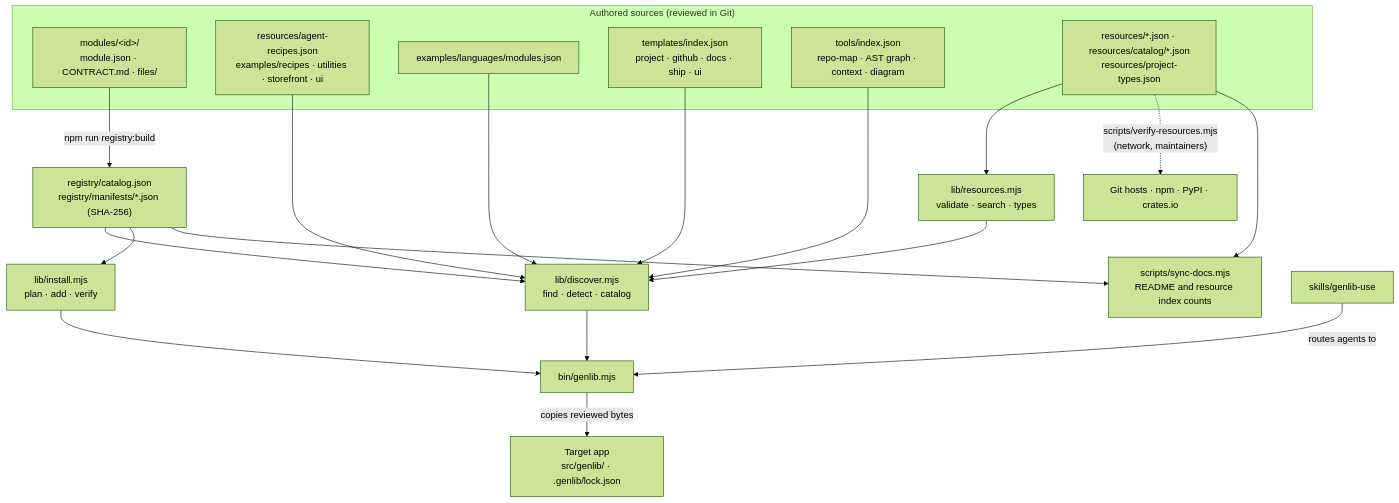
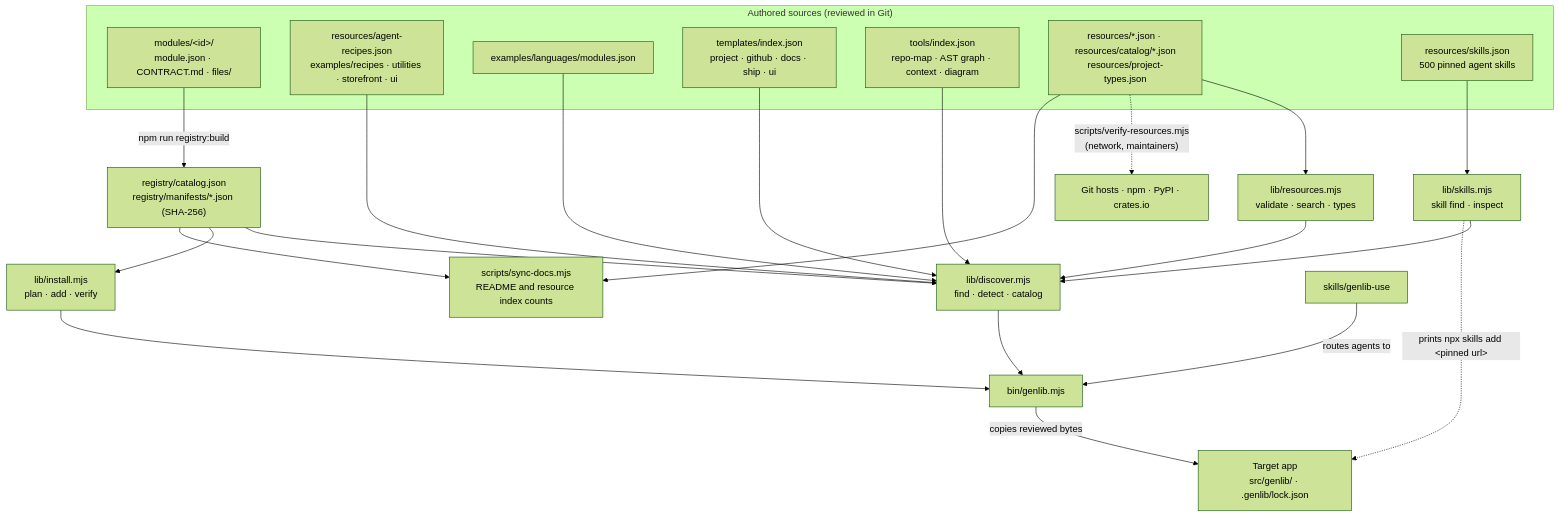
Before and after one commit to athompson83/genlib: the diagram in docs/architecture.md, drawn with Mermaid (forest theme). The commit also changed 12 other files, not shown here.

First line of the commit message:
Index 500 agent skills with one-step, commit-pinned installs

````diff
--- a/docs/architecture.md
+++ b/docs/architecture.md
@@ -7,24 +7,27 @@
 ```mermaid
 flowchart TB
   subgraph Authored["Authored sources (reviewed in Git)"]
     MOD["modules/&lt;id&gt;/<br/>module.json · CONTRACT.md · files/"]
     REC["resources/agent-recipes.json<br/>examples/recipes · utilities · storefront · ui"]
     LANG["examples/languages/modules.json"]
     TPL["templates/index.json<br/>project · github · docs · ship · ui"]
     TOOLIDX["tools/index.json<br/>repo-map · AST graph · context · diagram"]
     RES["resources/*.json · resources/catalog/*.json<br/>resources/project-types.json"]
+    SKL["resources/skills.json<br/>500 pinned agent skills"]
   end
   MOD -- "npm run registry:build" --> REG["registry/catalog.json<br/>registry/manifests/*.json (SHA-256)"]
   REG --> DISC["lib/discover.mjs<br/>find · detect · catalog"]
   REC --> DISC
   LANG --> DISC
   TPL --> DISC
   TOOLIDX --> DISC
+  SKL --> SKLIB["lib/skills.mjs<br/>skill find · inspect"] --> DISC
   RES --> RESLIB["lib/resources.mjs<br/>validate · search · types"] --> DISC
   DISC --> CLI["bin/genlib.mjs"]
   REG --> INST["lib/install.mjs<br/>plan · add · verify"] --> CLI
-  CLI -- "copies reviewed bytes" --> APP["Target app<br/>src/genlib/ · .genlib/lock.json"]
+  CLI -- "copies reviewed bytes" --> APP
+  SKLIB -. "prints npx skills add &lt;pinned url&gt;" .-> APP["Target app<br/>src/genlib/ · .genlib/lock.json"]
   RES -. "scripts/verify-resources.mjs<br/>(network, maintainers)" .-> NET["Git hosts · npm · PyPI · crates.io"]
   REG & RES --> DOCS["scripts/sync-docs.mjs<br/>README and resource index counts"]
   SKILL["skills/genlib-use"] -- "routes agents to" --> CLI
 ```
````
